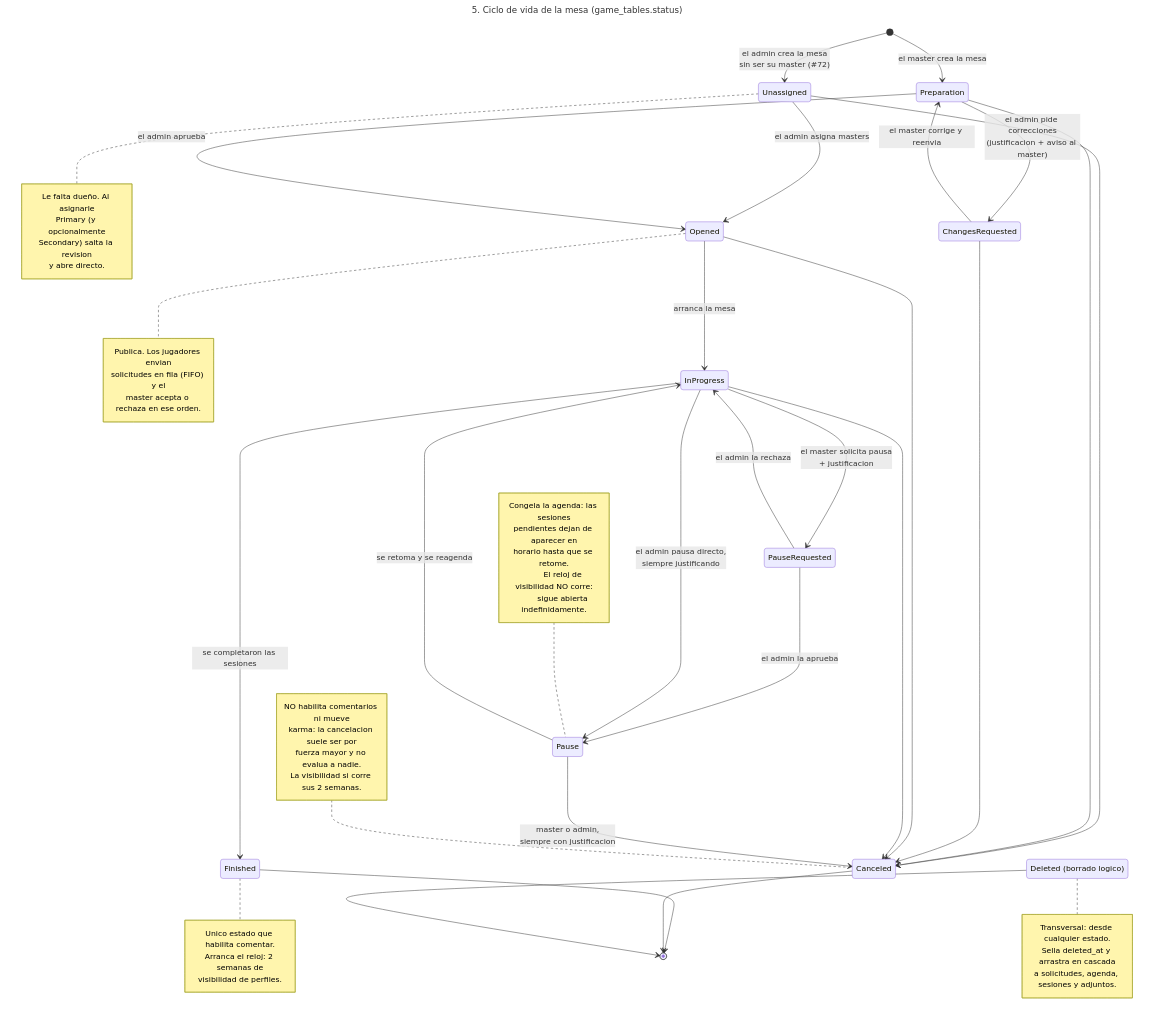
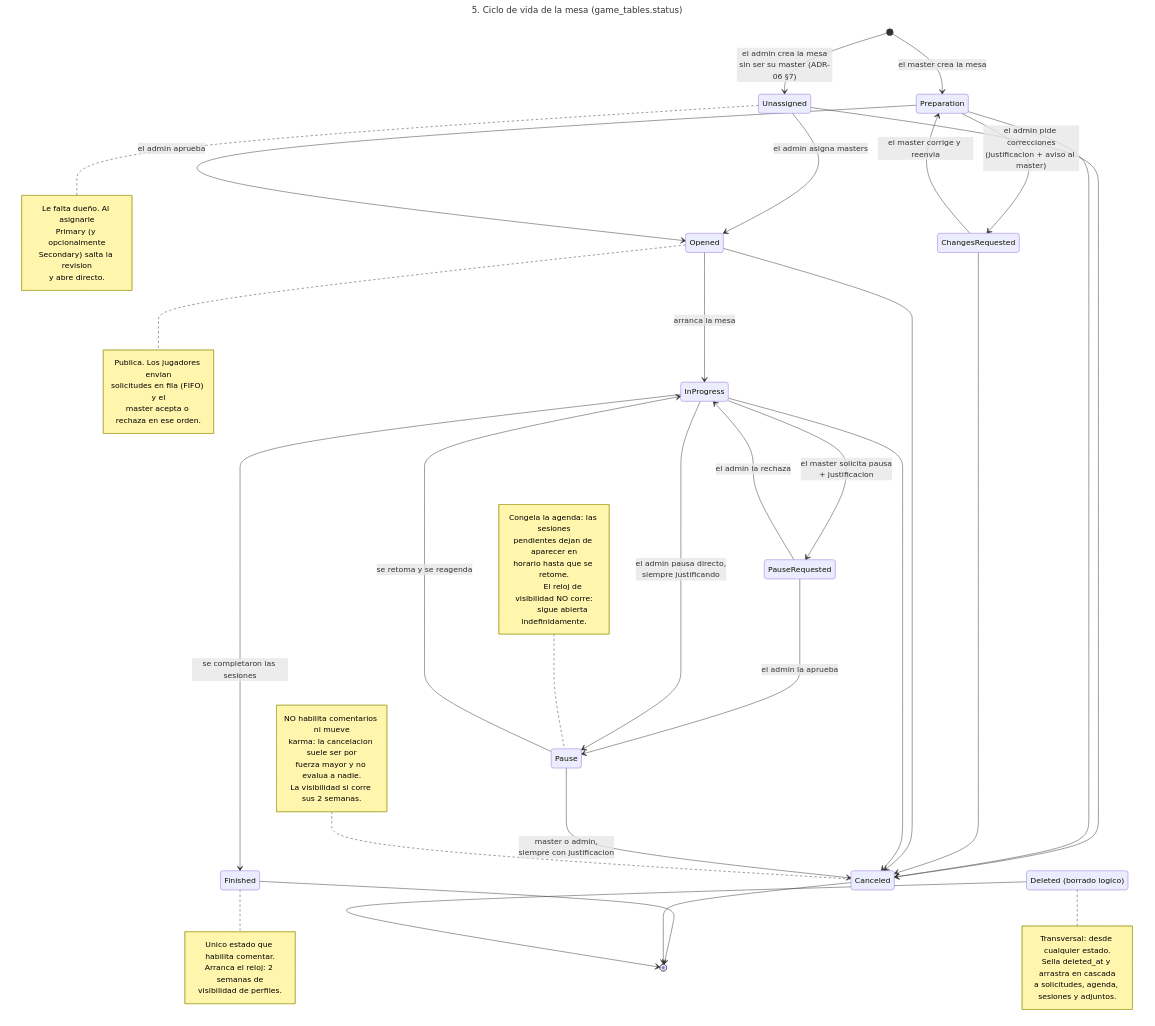
The diagram in docs/diagramas/05-ciclo-mesa.mmd (d4m14n257/CentralDungeon), drawn with Mermaid before and after one commit. The commit also changed 1176 other files, not shown here.

```diff
--- a/docs/diagramas/05-ciclo-mesa.mmd
+++ b/docs/diagramas/05-ciclo-mesa.mmd
@@ -1,77 +1,77 @@
 ---
 title: 5. Ciclo de vida de la mesa (game_tables.status)
 ---
 stateDiagram-v2
     direction TB
 
     [*] --> Preparation : el master crea la mesa
-    [*] --> Unassigned : el admin crea la mesa<br/>sin ser su master (#72)
+    [*] --> Unassigned : el admin crea la mesa<br/>sin ser su master (ADR-06 §7)
 
     note right of Unassigned
         Le falta dueño. Al asignarle
         Primary (y opcionalmente
         Secondary) salta la revision
         y abre directo.
     end note
 
     Unassigned --> Opened : el admin asigna masters
 
     Preparation --> ChangesRequested : el admin pide correcciones<br/>(justificacion + aviso al master)
     ChangesRequested --> Preparation : el master corrige y reenvia
     Preparation --> Opened : el admin aprueba
 
     Opened --> InProgress : arranca la mesa
     note right of Opened
         Publica. Los jugadores envian
         solicitudes en fila (FIFO) y el
         master acepta o rechaza en ese orden.
     end note
 
     InProgress --> PauseRequested : el master solicita pausa<br/>+ justificacion
     PauseRequested --> Pause : el admin la aprueba
     PauseRequested --> InProgress : el admin la rechaza
     InProgress --> Pause : el admin pausa directo,<br/>siempre justificando
 
     Pause --> InProgress : se retoma y se reagenda
     note left of Pause
         Congela la agenda: las sesiones
         pendientes dejan de aparecer en
         horario hasta que se retome.
 
         El reloj de visibilidad NO corre:
         sigue abierta indefinidamente.
     end note
 
     InProgress --> Finished : se completaron las sesiones
 
     note right of Finished
         Unico estado que habilita comentar.
         Arranca el reloj: 2 semanas de
         visibilidad de perfiles.
     end note
 
     Unassigned --> Canceled
     Preparation --> Canceled
     ChangesRequested --> Canceled
     Opened --> Canceled
     InProgress --> Canceled
     Pause --> Canceled : master o admin,<br/>siempre con justificacion
 
     note left of Canceled
         NO habilita comentarios ni mueve
         karma: la cancelacion suele ser por
         fuerza mayor y no evalua a nadie.
         La visibilidad si corre sus 2 semanas.
     end note
 
     Finished --> [*]
     Canceled --> [*]
 
     state "Deleted (borrado logico)" as Deleted
     Deleted --> [*]
 
     note right of Deleted
         Transversal: desde cualquier estado.
         Sella deleted_at y arrastra en cascada
         a solicitudes, agenda, sesiones y adjuntos.
     end note
```
